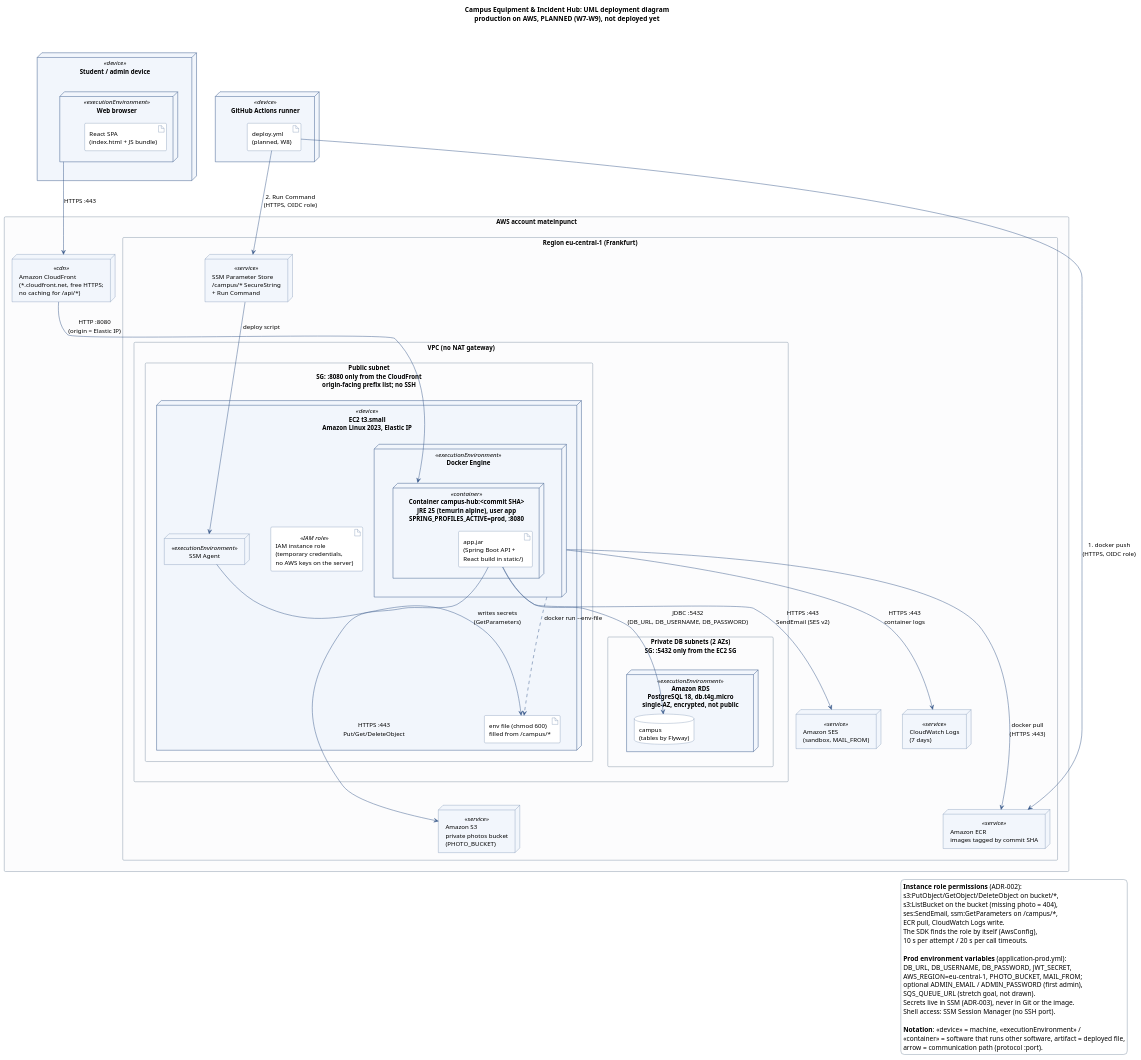
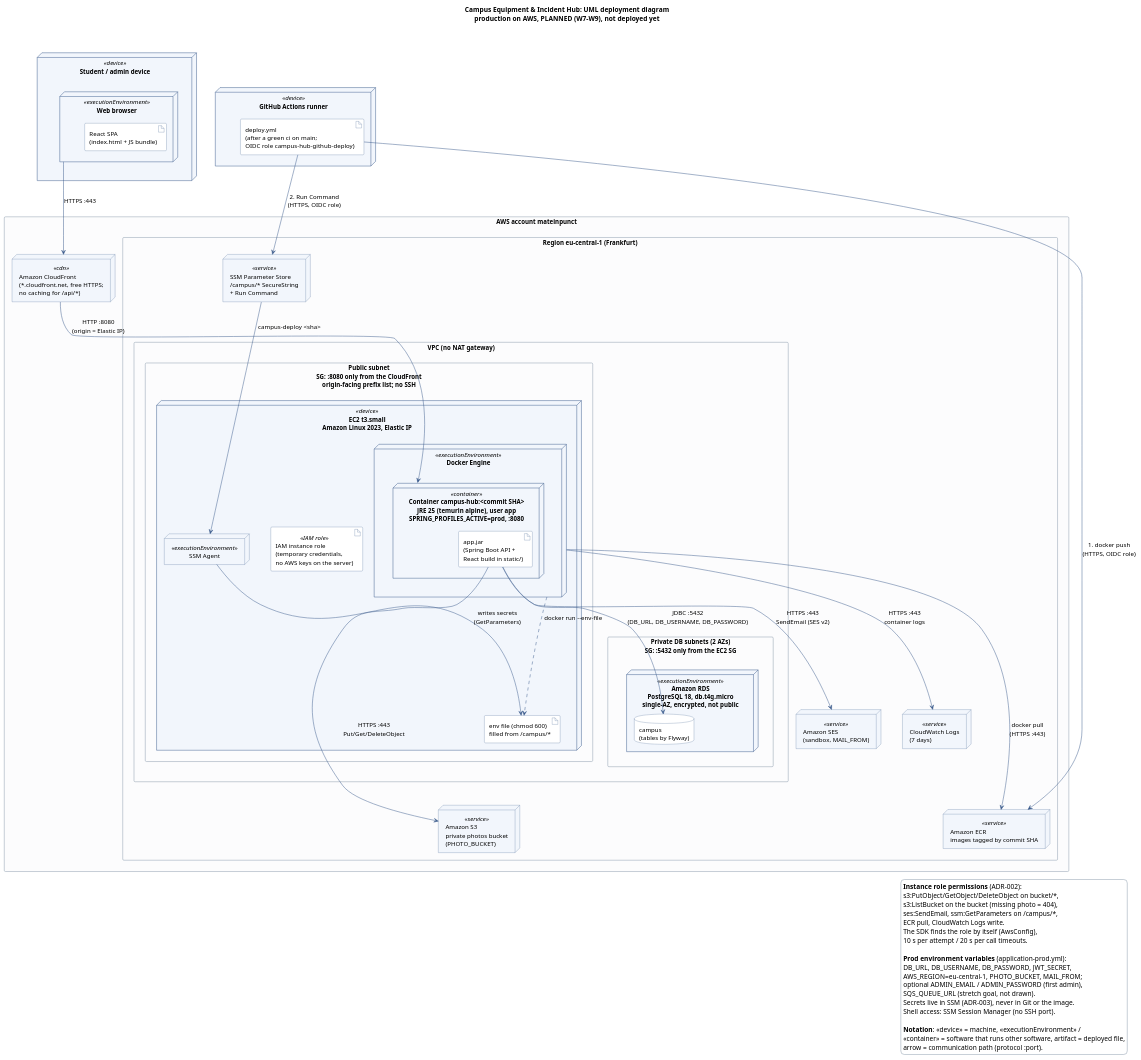
One commit to FundamenteleInginerieiSoftware/campus-hub changed the diagram in docs/diagrams/deployment-aws.puml. Above: the diagram before and after it, drawn with PlantUML. The commit also changed 11 other files, not shown here.

First line of the commit message:
infra(aws): add deploy.yml with GitHub OIDC role for ECR push and SSM deploy (#320)

```diff
--- a/docs/diagrams/deployment-aws.puml
+++ b/docs/diagrams/deployment-aws.puml
@@ -1,133 +1,133 @@
 @startuml deployment-aws
 ' UML deployment diagram of the PLANNED production setup on AWS (not deployed yet).
 ' Sources: docs/adr/002, 003, 005, Dockerfile, backend/src/main/resources/application-prod.yml,
 ' backend/src/main/java/com/campus/config/AwsConfig.java,
 ' documentation/Necula_Matei/23-s3-ses-adapters.md and 29-s3-ses-hardening.md.
 ' Same picture as docs/diagrams/aws-architecture.drawio, in UML notation.
 ' Render from the repo root: java -jar plantuml.jar -tpng docs/diagrams/deployment-aws.puml
 
 title Campus Equipment & Incident Hub: UML deployment diagram\nproduction on AWS, <b>PLANNED (W7–W9), not deployed yet</b>
 
 skinparam shadowing false
 skinparam defaultFontName Helvetica
 skinparam defaultFontSize 13
 skinparam nodesep 45
 skinparam ranksep 65
 skinparam ArrowColor #3B5B8C
 skinparam node {
   BackgroundColor #F2F6FC
   BorderColor #3B5B8C
 }
 skinparam artifact {
   BackgroundColor #FFFFFF
   BorderColor #3B5B8C
 }
 skinparam database {
   BackgroundColor #FFFFFF
   BorderColor #3B5B8C
 }
 skinparam rectangle {
   BackgroundColor #FCFCFD
   BorderColor #8899AA
 }
 skinparam legend {
   BackgroundColor #FFFFFF
   BorderColor #8899AA
 }
 skinparam note {
   BackgroundColor #FFFBE6
   BorderColor #C8B560
 }
 
 node "Student / admin device" as client <<device>> {
   node "Web browser" as browser <<executionEnvironment>> {
     artifact "React SPA\n(index.html + JS bundle)" as spa
   }
 }
 
 node "GitHub Actions runner" as gha <<device>> {
-  artifact "deploy.yml\n(planned, W8)" as deploy
+  artifact "deploy.yml\n(after a green ci on main;\nOIDC role campus-hub-github-deploy)" as deploy
 }
 
 rectangle "AWS account mateinpunct" as aws {
 
   node "Amazon CloudFront\n(*.cloudfront.net, free HTTPS;\nno caching for /api/*)" as cf <<cdn>>
 
   rectangle "Region eu-central-1 (Frankfurt)" as region {
 
     rectangle "VPC (no NAT gateway)" as vpc {
 
       rectangle "Public subnet\nSG: :8080 only from the CloudFront\norigin-facing prefix list; no SSH" as pub {
         node "EC2 t3.small\nAmazon Linux 2023, Elastic IP" as ec2 <<device>> {
           node "Docker Engine" as docker <<executionEnvironment>> {
             node "Container campus-hub:<commit SHA>\nJRE 25 (temurin alpine), user app\nSPRING_PROFILES_ACTIVE=prod, :8080" as ctr <<container>> {
               artifact "app.jar\n(Spring Boot API +\nReact build in static/)" as jar
             }
           }
           artifact "env file (chmod 600)\nfilled from /campus/*" as envfile
           artifact "IAM instance role\n(temporary credentials,\nno AWS keys on the server)" as role <<IAM role>>
           node "SSM Agent" as agent <<executionEnvironment>>
         }
       }
 
       rectangle "Private DB subnets (2 AZs)\nSG: :5432 only from the EC2 SG" as priv {
         node "Amazon RDS\nPostgreSQL 18, db.t4g.micro\nsingle-AZ, encrypted, not public" as rds <<executionEnvironment>> {
           database "campus\n(tables by Flyway)" as db
         }
       }
     }
 
     node "Amazon S3\nprivate photos bucket\n(PHOTO_BUCKET)" as s3 <<service>>
     node "Amazon SES\n(sandbox, MAIL_FROM)" as ses <<service>>
     node "SSM Parameter Store\n/campus/* SecureString\n+ Run Command" as ssm <<service>>
     node "Amazon ECR\nimages tagged by commit SHA" as ecr <<service>>
     node "CloudWatch Logs\n(7 days)" as cw <<service>>
   }
 }
 
 ' ---- user traffic ----
 browser -down-> cf : HTTPS :443
 cf -down-> ctr : HTTP :8080\n(origin = Elastic IP)
 jar -down-> db : JDBC :5432\n(DB_URL, DB_USERNAME, DB_PASSWORD)
 
 ' ---- the app calls AWS APIs with the instance role (AWS SDK v2, AwsConfig) ----
 jar -down-> s3 : HTTPS :443\nPut/Get/DeleteObject
 jar -down-> ses : HTTPS :443\nSendEmail (SES v2)
 docker -down-> cw : HTTPS :443\ncontainer logs
 
-' ---- deploy (planned, ADR-002 / ADR-003) ----
+' ---- deploy (deploy.yml, W8; ADR-002 / ADR-003) ----
 deploy -down-> ecr : 1. docker push\n(HTTPS, OIDC role)
 deploy -down-> ssm : 2. Run Command\n(HTTPS, OIDC role)
-ssm -down-> agent : deploy script
+ssm -down-> agent : campus-deploy <sha>
 agent -down-> envfile : writes secrets\n(GetParameters)
 docker -down-> ecr : docker pull\n(HTTPS :443)
 docker ..> envfile : docker run --env-file
 
 ' ---- layout only ----
 client -[hidden]right- gha
 priv -[hidden]down- s3
 priv -[hidden]down- ecr
 
 legend right
   <b>Instance role permissions</b> (ADR-002):
   s3:PutObject/GetObject/DeleteObject on bucket/*,
   s3:ListBucket on the bucket (missing photo = 404),
   ses:SendEmail, ssm:GetParameters on /campus/*,
   ECR pull, CloudWatch Logs write.
   The SDK finds the role by itself (AwsConfig),
   10 s per attempt / 20 s per call timeouts.
 
   <b>Prod environment variables</b> (application-prod.yml):
   DB_URL, DB_USERNAME, DB_PASSWORD, JWT_SECRET,
   AWS_REGION=eu-central-1, PHOTO_BUCKET, MAIL_FROM;
   optional ADMIN_EMAIL / ADMIN_PASSWORD (first admin),
   SQS_QUEUE_URL (stretch goal, not drawn).
   Secrets live in SSM (ADR-003), never in Git or the image.
   Shell access: SSM Session Manager (no SSH port).
 
   <b>Notation</b>: <<device>> = machine, <<executionEnvironment>> /
   <<container>> = software that runs other software, artifact = deployed file,
   arrow = communication path (protocol :port).
 endlegend
 
 @enduml
```
